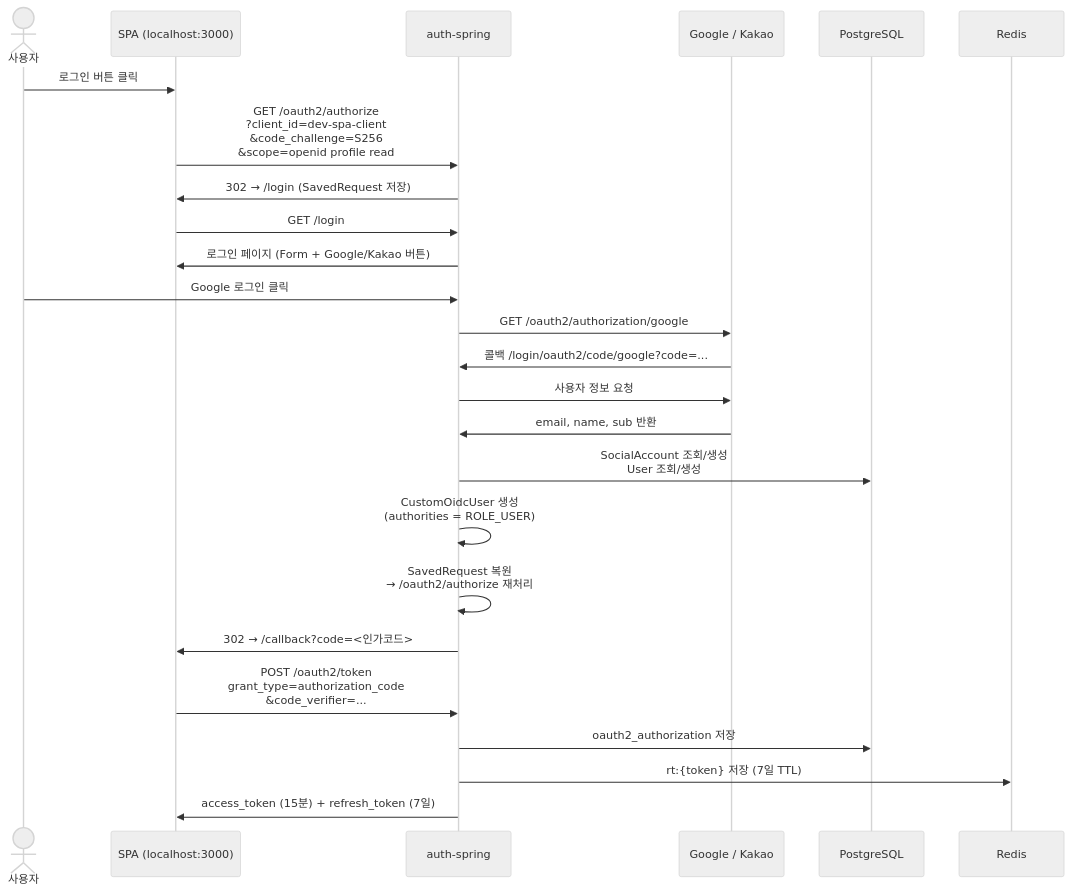
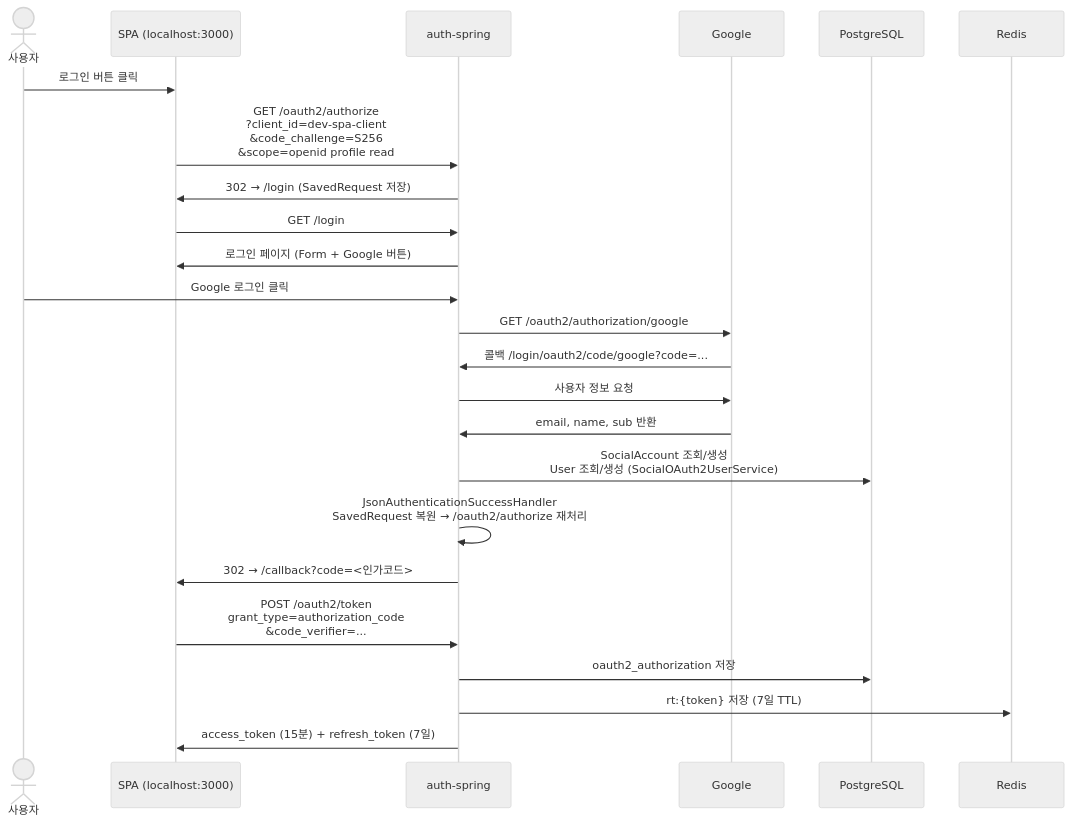
The fourth of 8 diagrams in auth-spring/README.md (dodudi/rudy-project), drawn with Mermaid (neutral theme) before and after one commit. The commit also changed other lines of this file and 9 other files, not shown here.

Commit message:
[feat] Google 소셜 로그인 구현

````diff
--- a/auth-spring/README.md
+++ b/auth-spring/README.md
@@ -211,28 +210,27 @@
 ```mermaid
 sequenceDiagram
     actor User as 사용자
     participant SPA as SPA (localhost:3000)
     participant AS as auth-spring
-    participant Google as Google / Kakao
+    participant Google as Google
     participant DB as PostgreSQL
     participant Redis as Redis
 
     User->>SPA: 로그인 버튼 클릭
     SPA->>AS: GET /oauth2/authorize<br/>?client_id=dev-spa-client<br/>&code_challenge=S256<br/>&scope=openid profile read
     AS->>SPA: 302 → /login (SavedRequest 저장)
     SPA->>AS: GET /login
-    AS->>SPA: 로그인 페이지 (Form + Google/Kakao 버튼)
+    AS->>SPA: 로그인 페이지 (Form + Google 버튼)
     User->>AS: Google 로그인 클릭
     AS->>Google: GET /oauth2/authorization/google
     Google->>AS: 콜백 /login/oauth2/code/google?code=...
     AS->>Google: 사용자 정보 요청
     Google->>AS: email, name, sub 반환
-    AS->>DB: SocialAccount 조회/생성<br/>User 조회/생성
-    AS->>AS: CustomOidcUser 생성<br/>(authorities = ROLE_USER)
-    AS->>AS: SavedRequest 복원<br/>→ /oauth2/authorize 재처리
+    AS->>DB: SocialAccount 조회/생성<br/>User 조회/생성 (SocialOAuth2UserService)
+    AS->>AS: JsonAuthenticationSuccessHandler<br/>SavedRequest 복원 → /oauth2/authorize 재처리
     AS->>SPA: 302 → /callback?code=<인가코드>
     SPA->>AS: POST /oauth2/token<br/>grant_type=authorization_code<br/>&code_verifier=...
     AS->>DB: oauth2_authorization 저장
     AS->>Redis: rt:{token} 저장 (7일 TTL)
     AS->>SPA: access_token (15분) + refresh_token (7일)
 ```
````
